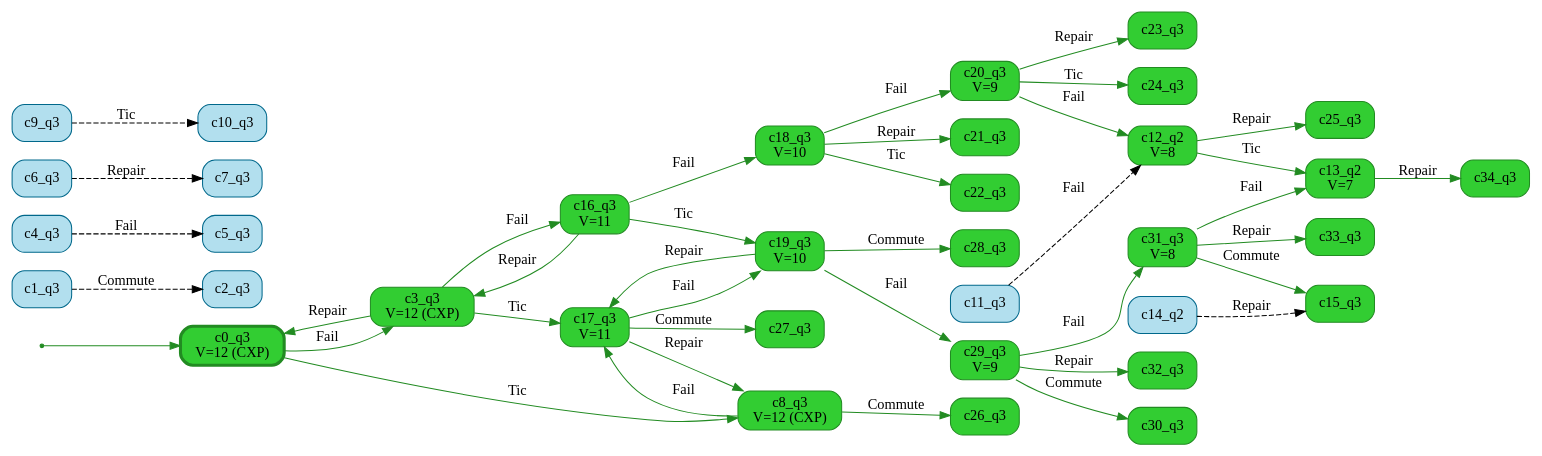
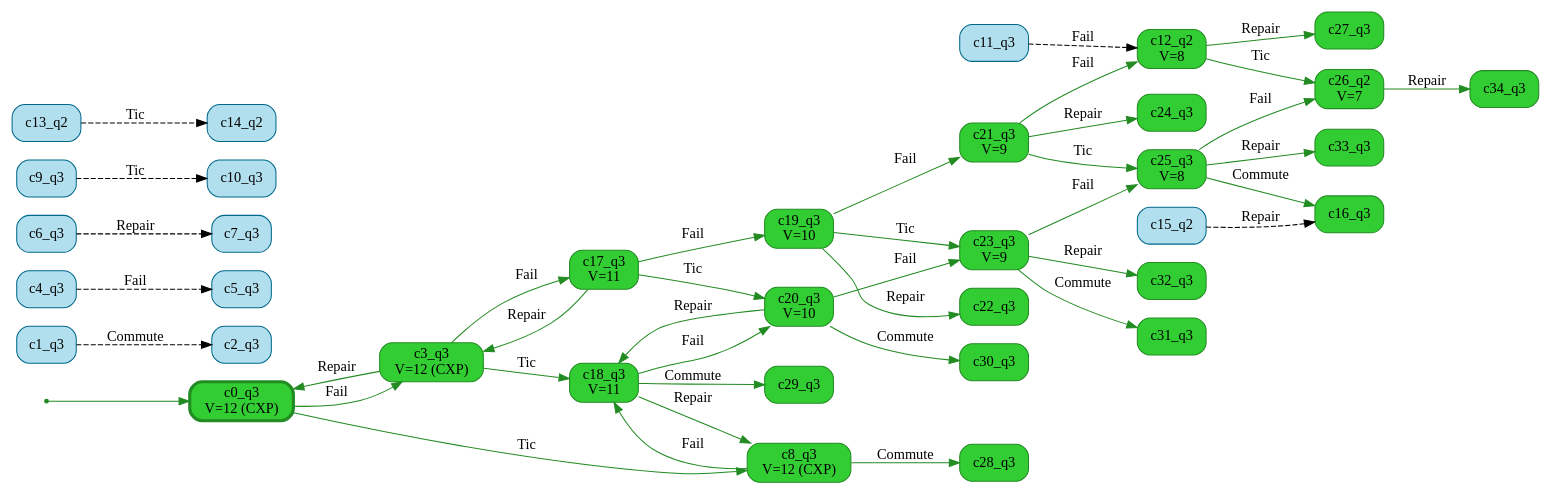
The diagram in resources/results/threeBatteries/4_rel/rgcxp_small.dot (stratosphr/stratest2), drawn with Graphviz before and after one commit. The commit also changed 174 other files, not shown here.

```diff
--- a/resources/results/threeBatteries/4_rel/rgcxp_small.dot
+++ b/resources/results/threeBatteries/4_rel/rgcxp_small.dot
@@ -1,81 +1,82 @@
 digraph g {
 
 	rankdir="LR"
 
 	__invisible__[shape="point", color="forestgreen"]
 	c0_q3[label="c0_q3\nV=12 (CXP)", shape="box", style="rounded, filled", color="forestgreen", fillcolor="limegreen", penwidth=3] // Initial
 	c3_q3[label="c3_q3\nV=12 (CXP)", shape="box", style="rounded, filled", color="forestgreen", fillcolor="limegreen"]
-	c16_q3[label="c16_q3\nV=11", shape="box", style="rounded, filled", color="forestgreen", fillcolor="limegreen"]
-	c18_q3[label="c18_q3\nV=10", shape="box", style="rounded, filled", color="forestgreen", fillcolor="limegreen"]
-	c20_q3[label="c20_q3\nV=9", shape="box", style="rounded, filled", color="forestgreen", fillcolor="limegreen"]
-	c23_q3[label="c23_q3", shape="box", style="rounded, filled", color="forestgreen", fillcolor="limegreen"]
+	c17_q3[label="c17_q3\nV=11", shape="box", style="rounded, filled", color="forestgreen", fillcolor="limegreen"]
+	c19_q3[label="c19_q3\nV=10", shape="box", style="rounded, filled", color="forestgreen", fillcolor="limegreen"]
+	c21_q3[label="c21_q3\nV=9", shape="box", style="rounded, filled", color="forestgreen", fillcolor="limegreen"]
 	c24_q3[label="c24_q3", shape="box", style="rounded, filled", color="forestgreen", fillcolor="limegreen"]
+	c25_q3[label="c25_q3\nV=8", shape="box", style="rounded, filled", color="forestgreen", fillcolor="limegreen"]
+	c16_q3[label="c16_q3", shape="box", style="rounded, filled", color="forestgreen", fillcolor="limegreen"]
+	c33_q3[label="c33_q3", shape="box", style="rounded, filled", color="forestgreen", fillcolor="limegreen"]
+	c26_q2[label="c26_q2\nV=7", shape="box", style="rounded, filled", color="forestgreen", fillcolor="limegreen"]
+	c34_q3[label="c34_q3", shape="box", style="rounded, filled", color="forestgreen", fillcolor="limegreen"]
 	c12_q2[label="c12_q2\nV=8", shape="box", style="rounded, filled", color="forestgreen", fillcolor="limegreen"]
-	c13_q2[label="c13_q2\nV=7", shape="box", style="rounded, filled", color="forestgreen", fillcolor="limegreen"]
-	c34_q3[label="c34_q3", shape="box", style="rounded, filled", color="forestgreen", fillcolor="limegreen"]
-	c25_q3[label="c25_q3", shape="box", style="rounded, filled", color="forestgreen", fillcolor="limegreen"]
-	c21_q3[label="c21_q3", shape="box", style="rounded, filled", color="forestgreen", fillcolor="limegreen"]
+	c27_q3[label="c27_q3", shape="box", style="rounded, filled", color="forestgreen", fillcolor="limegreen"]
 	c22_q3[label="c22_q3", shape="box", style="rounded, filled", color="forestgreen", fillcolor="limegreen"]
-	c19_q3[label="c19_q3\nV=10", shape="box", style="rounded, filled", color="forestgreen", fillcolor="limegreen"]
+	c23_q3[label="c23_q3\nV=9", shape="box", style="rounded, filled", color="forestgreen", fillcolor="limegreen"]
+	c31_q3[label="c31_q3", shape="box", style="rounded, filled", color="forestgreen", fillcolor="limegreen"]
+	c32_q3[label="c32_q3", shape="box", style="rounded, filled", color="forestgreen", fillcolor="limegreen"]
+	c20_q3[label="c20_q3\nV=10", shape="box", style="rounded, filled", color="forestgreen", fillcolor="limegreen"]
+	c30_q3[label="c30_q3", shape="box", style="rounded, filled", color="forestgreen", fillcolor="limegreen"]
+	c18_q3[label="c18_q3\nV=11", shape="box", style="rounded, filled", color="forestgreen", fillcolor="limegreen"]
+	c29_q3[label="c29_q3", shape="box", style="rounded, filled", color="forestgreen", fillcolor="limegreen"]
+	c8_q3[label="c8_q3\nV=12 (CXP)", shape="box", style="rounded, filled", color="forestgreen", fillcolor="limegreen"]
 	c28_q3[label="c28_q3", shape="box", style="rounded, filled", color="forestgreen", fillcolor="limegreen"]
-	c29_q3[label="c29_q3\nV=9", shape="box", style="rounded, filled", color="forestgreen", fillcolor="limegreen"]
-	c30_q3[label="c30_q3", shape="box", style="rounded, filled", color="forestgreen", fillcolor="limegreen"]
-	c31_q3[label="c31_q3\nV=8", shape="box", style="rounded, filled", color="forestgreen", fillcolor="limegreen"]
-	c15_q3[label="c15_q3", shape="box", style="rounded, filled", color="forestgreen", fillcolor="limegreen"]
-	c33_q3[label="c33_q3", shape="box", style="rounded, filled", color="forestgreen", fillcolor="limegreen"]
-	c32_q3[label="c32_q3", shape="box", style="rounded, filled", color="forestgreen", fillcolor="limegreen"]
-	c17_q3[label="c17_q3\nV=11", shape="box", style="rounded, filled", color="forestgreen", fillcolor="limegreen"]
-	c27_q3[label="c27_q3", shape="box", style="rounded, filled", color="forestgreen", fillcolor="limegreen"]
-	c8_q3[label="c8_q3\nV=12 (CXP)", shape="box", style="rounded, filled", color="forestgreen", fillcolor="limegreen"]
-	c26_q3[label="c26_q3", shape="box", style="rounded, filled", color="forestgreen", fillcolor="limegreen"]
 	c1_q3[label="c1_q3", shape="box", style="rounded, filled", color="deepskyblue4", fillcolor="lightblue2"]
 	c2_q3[label="c2_q3", shape="box", style="rounded, filled", color="deepskyblue4", fillcolor="lightblue2"]
 	c4_q3[label="c4_q3", shape="box", style="rounded, filled", color="deepskyblue4", fillcolor="lightblue2"]
 	c5_q3[label="c5_q3", shape="box", style="rounded, filled", color="deepskyblue4", fillcolor="lightblue2"]
 	c6_q3[label="c6_q3", shape="box", style="rounded, filled", color="deepskyblue4", fillcolor="lightblue2"]
 	c7_q3[label="c7_q3", shape="box", style="rounded, filled", color="deepskyblue4", fillcolor="lightblue2"]
 	c9_q3[label="c9_q3", shape="box", style="rounded, filled", color="deepskyblue4", fillcolor="lightblue2"]
 	c10_q3[label="c10_q3", shape="box", style="rounded, filled", color="deepskyblue4", fillcolor="lightblue2"]
 	c11_q3[label="c11_q3", shape="box", style="rounded, filled", color="deepskyblue4", fillcolor="lightblue2"]
+	c13_q2[label="c13_q2", shape="box", style="rounded, filled", color="deepskyblue4", fillcolor="lightblue2"]
 	c14_q2[label="c14_q2", shape="box", style="rounded, filled", color="deepskyblue4", fillcolor="lightblue2"]
+	c15_q2[label="c15_q2", shape="box", style="rounded, filled", color="deepskyblue4", fillcolor="lightblue2"]
 
 	__invisible__ -> c0_q3[color="forestgreen"]
 	c0_q3 -> c3_q3[label="Fail", color="forestgreen"]
 	c3_q3 -> c0_q3[label="Repair", color="forestgreen"]
-	c3_q3 -> c16_q3[label="Fail", color="forestgreen"]
-	c16_q3 -> c18_q3[label="Fail", color="forestgreen"]
+	c3_q3 -> c17_q3[label="Fail", color="forestgreen"]
+	c17_q3 -> c19_q3[label="Fail", color="forestgreen"]
+	c19_q3 -> c21_q3[label="Fail", color="forestgreen"]
+	c21_q3 -> c24_q3[label="Repair", color="forestgreen"]
+	c21_q3 -> c25_q3[label="Tic", color="forestgreen"]
+	c25_q3 -> c16_q3[label="Commute", color="forestgreen"]
+	c25_q3 -> c33_q3[label="Repair", color="forestgreen"]
+	c25_q3 -> c26_q2[label="Fail", color="forestgreen"]
+	c26_q2 -> c34_q3[label="Repair", color="forestgreen"]
+	c21_q3 -> c12_q2[label="Fail", color="forestgreen"]
+	c12_q2 -> c26_q2[label="Tic", color="forestgreen"]
+	c12_q2 -> c27_q3[label="Repair", color="forestgreen"]
+	c19_q3 -> c22_q3[label="Repair", color="forestgreen"]
+	c19_q3 -> c23_q3[label="Tic", color="forestgreen"]
+	c23_q3 -> c31_q3[label="Commute", color="forestgreen"]
+	c23_q3 -> c25_q3[label="Fail", color="forestgreen"]
+	c23_q3 -> c32_q3[label="Repair", color="forestgreen"]
+	c17_q3 -> c3_q3[label="Repair", color="forestgreen"]
+	c17_q3 -> c20_q3[label="Tic", color="forestgreen"]
+	c20_q3 -> c30_q3[label="Commute", color="forestgreen"]
+	c20_q3 -> c23_q3[label="Fail", color="forestgreen"]
+	c20_q3 -> c18_q3[label="Repair", color="forestgreen"]
+	c18_q3 -> c29_q3[label="Commute", color="forestgreen"]
 	c18_q3 -> c20_q3[label="Fail", color="forestgreen"]
-	c20_q3 -> c23_q3[label="Repair", color="forestgreen"]
-	c20_q3 -> c24_q3[label="Tic", color="forestgreen"]
-	c20_q3 -> c12_q2[label="Fail", color="forestgreen"]
-	c12_q2 -> c13_q2[label="Tic", color="forestgreen"]
-	c13_q2 -> c34_q3[label="Repair", color="forestgreen"]
-	c12_q2 -> c25_q3[label="Repair", color="forestgreen"]
-	c18_q3 -> c21_q3[label="Repair", color="forestgreen"]
-	c18_q3 -> c22_q3[label="Tic", color="forestgreen"]
-	c16_q3 -> c3_q3[label="Repair", color="forestgreen"]
-	c16_q3 -> c19_q3[label="Tic", color="forestgreen"]
-	c19_q3 -> c28_q3[label="Commute", color="forestgreen"]
-	c19_q3 -> c29_q3[label="Fail", color="forestgreen"]
-	c29_q3 -> c30_q3[label="Commute", color="forestgreen"]
-	c29_q3 -> c31_q3[label="Fail", color="forestgreen"]
-	c31_q3 -> c15_q3[label="Commute", color="forestgreen"]
-	c31_q3 -> c33_q3[label="Repair", color="forestgreen"]
-	c31_q3 -> c13_q2[label="Fail", color="forestgreen"]
-	c29_q3 -> c32_q3[label="Repair", color="forestgreen"]
-	c19_q3 -> c17_q3[label="Repair", color="forestgreen"]
-	c17_q3 -> c27_q3[label="Commute", color="forestgreen"]
-	c17_q3 -> c19_q3[label="Fail", color="forestgreen"]
-	c17_q3 -> c8_q3[label="Repair", color="forestgreen"]
-	c8_q3 -> c26_q3[label="Commute", color="forestgreen"]
-	c8_q3 -> c17_q3[label="Fail", color="forestgreen"]
-	c3_q3 -> c17_q3[label="Tic", color="forestgreen"]
+	c18_q3 -> c8_q3[label="Repair", color="forestgreen"]
+	c8_q3 -> c28_q3[label="Commute", color="forestgreen"]
+	c8_q3 -> c18_q3[label="Fail", color="forestgreen"]
+	c3_q3 -> c18_q3[label="Tic", color="forestgreen"]
 	c0_q3 -> c8_q3[label="Tic", color="forestgreen"]
 	c1_q3 -> c2_q3[label="Commute", color="black", style="dashed"]
 	c4_q3 -> c5_q3[label="Fail", color="black", style="dashed"]
 	c6_q3 -> c7_q3[label="Repair", color="black", style="dashed"]
 	c9_q3 -> c10_q3[label="Tic", color="black", style="dashed"]
 	c11_q3 -> c12_q2[label="Fail", color="black", style="dashed"]
-	c14_q2 -> c15_q3[label="Repair", color="black", style="dashed"]
+	c13_q2 -> c14_q2[label="Tic", color="black", style="dashed"]
+	c15_q2 -> c16_q3[label="Repair", color="black", style="dashed"]
 
 }
```
